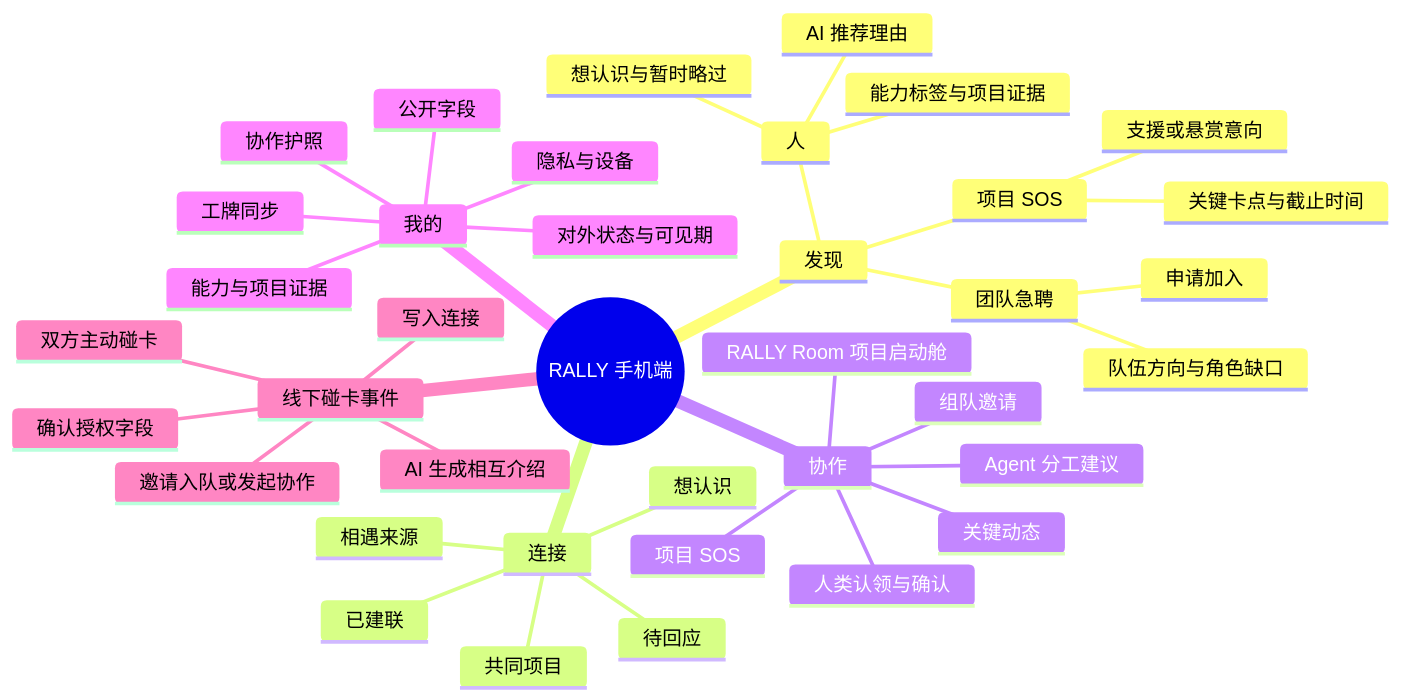
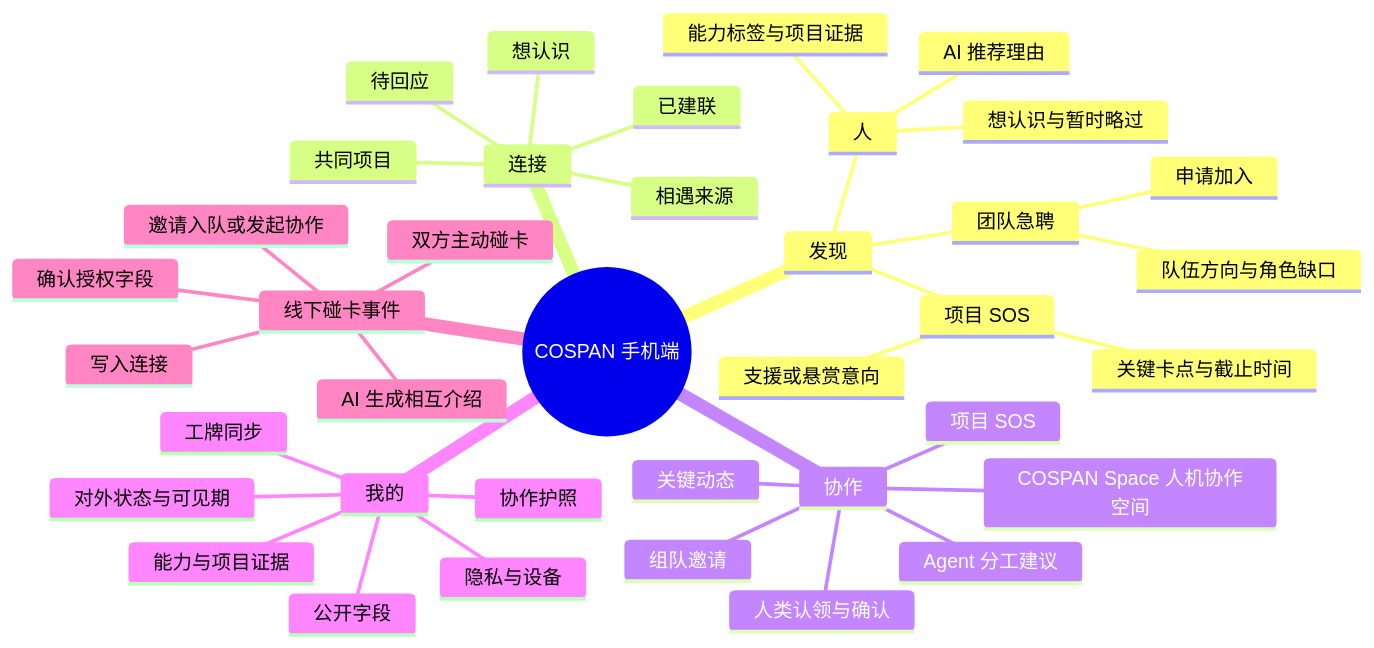
One commit to yangjinmin666/ai-collaboration-passport-hackathon changed the diagram in 当前方案-ToC-AI组队/07-手机端功能结构与信息架构.md. Above: the diagram before and after it, drawn with Mermaid. The commit also changed other lines of this file and 79 other files, not shown here.

````diff
--- a/当前方案-ToC-AI组队/07-手机端功能结构与信息架构.md
+++ b/当前方案-ToC-AI组队/07-手机端功能结构与信息架构.md
@@ -34,43 +34,43 @@
 ```mermaid
 %% MEANING: 展示四个手机端一级入口，以及线下碰卡如何把发现转为连接并继续进入具体协作
 %% Type: Mindmap
 mindmap
-    ((RALLY 手机端))
+    ((COSPAN 手机端))
         发现
             人
                 能力标签与项目证据
                 AI 推荐理由
                 想认识与暂时略过
             团队急聘
                 队伍方向与角色缺口
                 申请加入
             项目 SOS
                 关键卡点与截止时间
                 支援或悬赏意向
         连接
             想认识
             待回应
             已建联
             相遇来源
             共同项目
         协作
             组队邀请
-            RALLY Room 项目启动舱
+            COSPAN Space 人机协作空间
             Agent 分工建议
             人类认领与确认
             关键动态
             项目 SOS
         我的
             协作护照
             对外状态与可见期
             能力与项目证据
             公开字段
             工牌同步
             隐私与设备
         线下碰卡事件
             双方主动碰卡
             确认授权字段
             AI 生成相互介绍
             写入连接
             邀请入队或发起协作
 ```
````
